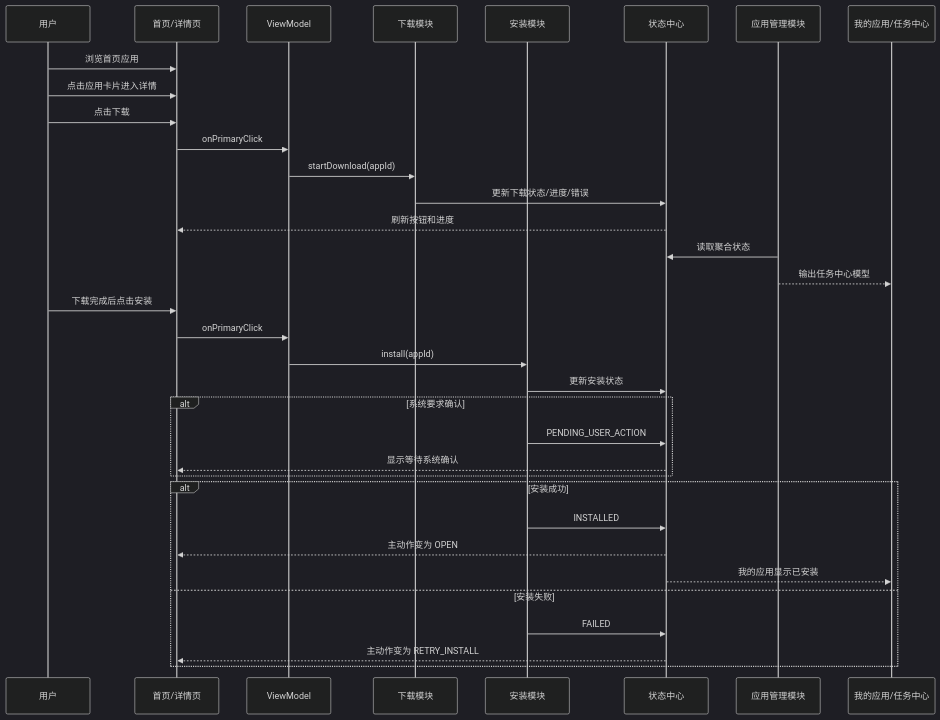
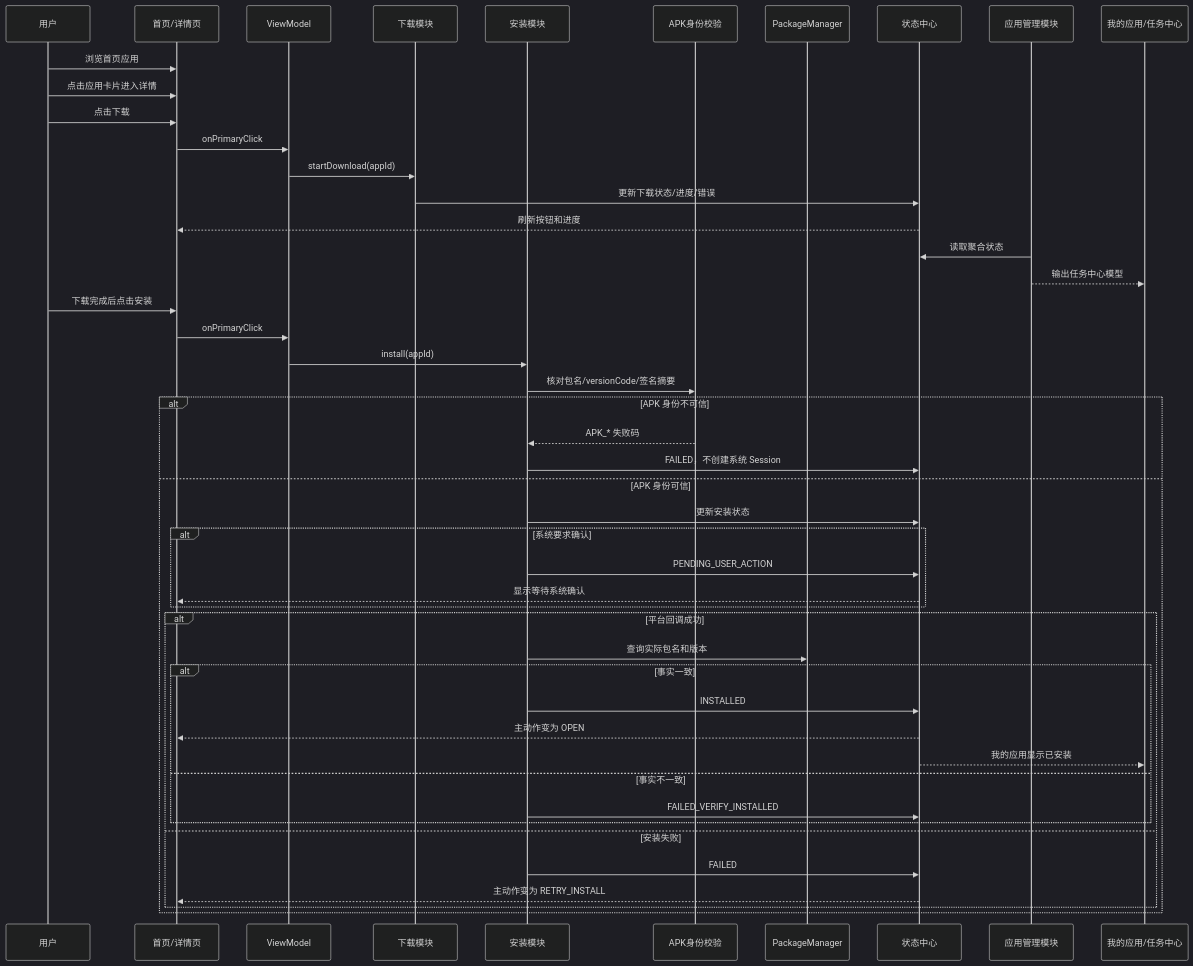
One commit to XZQ/CarAppStore changed the second of 4 diagrams in docs/16-整体业务主链路总流程.md. Above: the diagram before and after it, drawn with Mermaid (dark theme). The commit also changed other lines of this file and 18 other files, not shown here.

````diff
--- a/docs/16-整体业务主链路总流程.md
+++ b/docs/16-整体业务主链路总流程.md
@@ -76,41 +76,55 @@
 ```mermaid
 sequenceDiagram
 participant U as 用户
 participant HOME as 首页/详情页
 participant VM as ViewModel
 participant DM as 下载模块
 participant IM as 安装模块
+participant AV as APK身份校验
+participant PM as PackageManager
 participant SC as 状态中心
 participant AM as 应用管理模块
 participant MY as 我的应用/任务中心
 
 U->>HOME: 浏览首页应用
 U->>HOME: 点击应用卡片进入详情
 U->>HOME: 点击下载
 HOME->>VM: onPrimaryClick
 VM->>DM: startDownload(appId)
 
 DM->>SC: 更新下载状态/进度/错误
 SC-->>HOME: 刷新按钮和进度
 AM->>SC: 读取聚合状态
 AM-->>MY: 输出任务中心模型
 
 U->>HOME: 下载完成后点击安装
 HOME->>VM: onPrimaryClick
 VM->>IM: install(appId)
-IM->>SC: 更新安装状态
+IM->>AV: 核对包名/versionCode/签名摘要
 
-alt 系统要求确认
-    IM->>SC: PENDING_USER_ACTION
-    SC-->>HOME: 显示等待系统确认
-end
+alt APK 身份不可信
+    AV-->>IM: APK_* 失败码
+    IM->>SC: FAILED，不创建系统 Session
+else APK 身份可信
+    IM->>SC: 更新安装状态
 
-alt 安装成功
-    IM->>SC: INSTALLED
-    SC-->>HOME: 主动作变为 OPEN
-    SC-->>MY: 我的应用显示已安装
-else 安装失败
-    IM->>SC: FAILED
-    SC-->>HOME: 主动作变为 RETRY_INSTALL
+    alt 系统要求确认
+        IM->>SC: PENDING_USER_ACTION
+        SC-->>HOME: 显示等待系统确认
+    end
+
+    alt 平台回调成功
+        IM->>PM: 查询实际包名和版本
+        alt 事实一致
+            IM->>SC: INSTALLED
+            SC-->>HOME: 主动作变为 OPEN
+            SC-->>MY: 我的应用显示已安装
+        else 事实不一致
+            IM->>SC: FAILED_VERIFY_INSTALLED
+        end
+    else 安装失败
+        IM->>SC: FAILED
+        SC-->>HOME: 主动作变为 RETRY_INSTALL
+    end
 end
 ```
````
